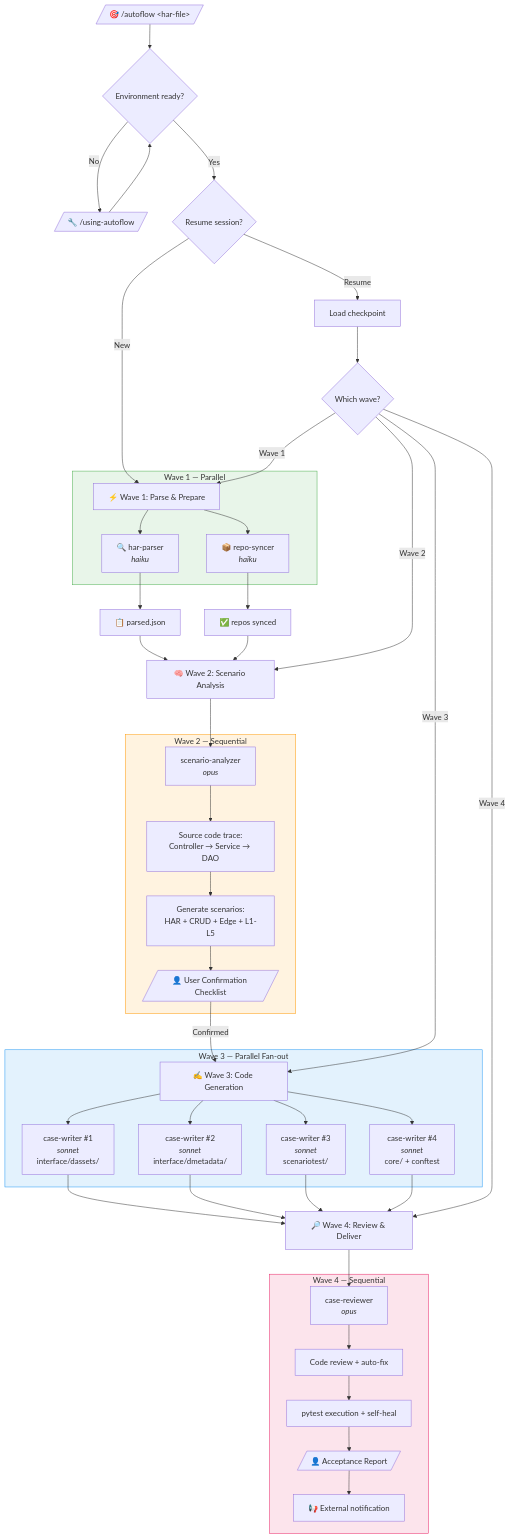
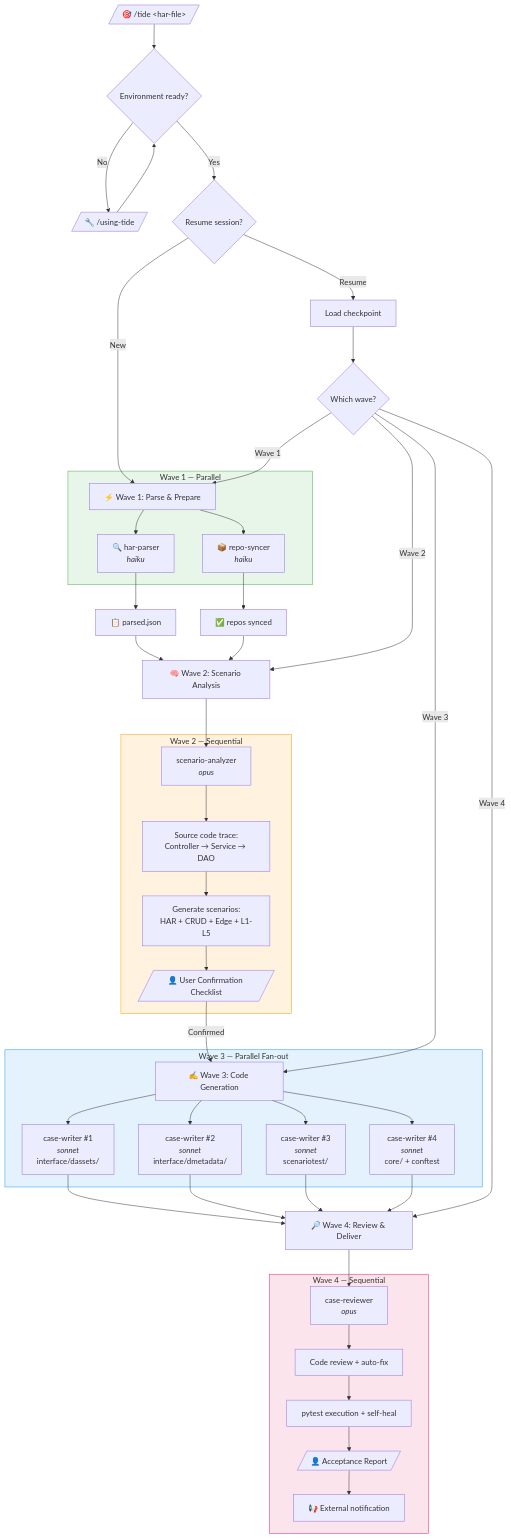
One commit to koco-co/tide changed the first of 3 diagrams in docs/superpowers/specs/2026-04-06-autoflow-plugin-design.md. Above: the diagram before and after it, drawn with Mermaid. The commit also changed other lines of this file and 46 other files, not shown here.

First line of the commit message:
chore: 项目更名 sisyphus-autoflow → tide

````diff
--- a/docs/superpowers/specs/2026-04-06-autoflow-plugin-design.md
+++ b/docs/superpowers/specs/2026-04-06-autoflow-plugin-design.md
@@ -899,61 +899,61 @@
 ```mermaid
 graph TD
-    A[/"🎯 /autoflow &lt;har-file&gt;"/] --> B{Environment ready?}
-    B -->|No| C[/"🔧 /using-autoflow"/]
+    A[/"🎯 /tide &lt;har-file&gt;"/] --> B{Environment ready?}
+    B -->|No| C[/"🔧 /using-tide"/]
     C --> B
     B -->|Yes| D{Resume session?}
     D -->|New| E["⚡ Wave 1: Parse & Prepare"]
     D -->|Resume| F[Load checkpoint]
     F --> G{Which wave?}
 
     subgraph W1["Wave 1 — Parallel"]
         E --> E1["🔍 har-parser<br/><i>haiku</i>"]
         E --> E2["📦 repo-syncer<br/><i>haiku</i>"]
     end
 
     E1 --> H["📋 parsed.json"]
     E2 --> I["✅ repos synced"]
     H --> J
     I --> J
 
     J["🧠 Wave 2: Scenario Analysis"] --> K["scenario-analyzer<br/><i>opus</i>"]
 
     subgraph W2["Wave 2 — Sequential"]
         K --> K1[Source code trace:<br/>Controller → Service → DAO]
         K1 --> K2[Generate scenarios:<br/>HAR + CRUD + Edge + L1-L5]
         K2 --> K3[/"👤 User Confirmation Checklist"/]
     end
 
     K3 -->|Confirmed| L["✍️ Wave 3: Code Generation"]
 
     subgraph W3["Wave 3 — Parallel Fan-out"]
         L --> L1["case-writer #1<br/><i>sonnet</i><br/>interface/dassets/"]
         L --> L2["case-writer #2<br/><i>sonnet</i><br/>interface/dmetadata/"]
         L --> L3["case-writer #3<br/><i>sonnet</i><br/>scenariotest/"]
         L --> L4["case-writer #4<br/><i>sonnet</i><br/>core/ + conftest"]
     end
 
     L1 --> M
     L2 --> M
     L3 --> M
     L4 --> M
 
     M["🔎 Wave 4: Review & Deliver"] --> N["case-reviewer<br/><i>opus</i>"]
 
     subgraph W4["Wave 4 — Sequential"]
         N --> N1[Code review + auto-fix]
         N1 --> N2[pytest execution + self-heal]
         N2 --> N3[/"👤 Acceptance Report"/]
         N3 --> N4["📢 External notification"]
     end
 
     G -->|Wave 1| E
     G -->|Wave 2| J
     G -->|Wave 3| L
     G -->|Wave 4| M
 
     style W1 fill:#e8f5e9,stroke:#4caf50
     style W2 fill:#fff3e0,stroke:#ff9800
     style W3 fill:#e3f2fd,stroke:#2196f3
     style W4 fill:#fce4ec,stroke:#e91e63
 ```
````
